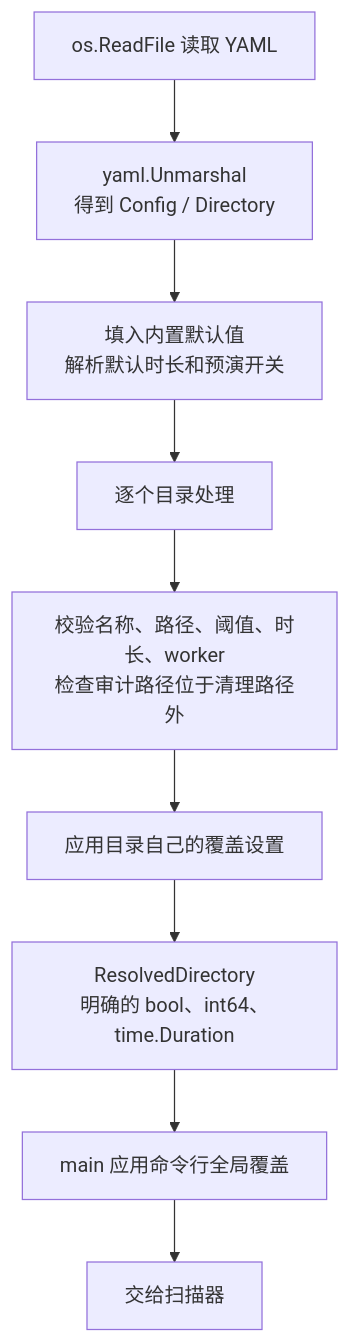
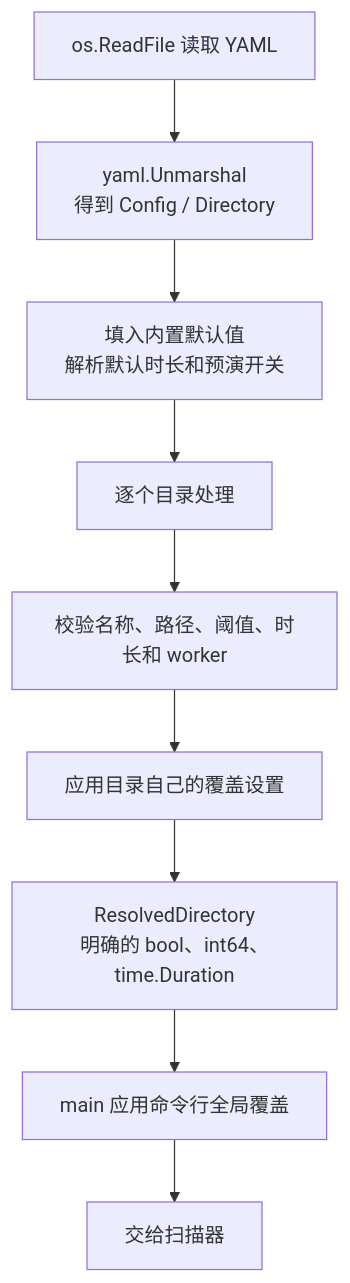
Before and after one commit to ISkywalkerI/directory-cleaner: the second of 8 diagrams in docs/program-explained.zh-CN.md, drawn with Mermaid. The commit also changed other lines of this file and 14 other files, not shown here.

````diff
--- a/docs/program-explained.zh-CN.md
+++ b/docs/program-explained.zh-CN.md
@@ -141,11 +142,11 @@
 ```mermaid
 flowchart TD
     Read["os.ReadFile 读取 YAML"] --> Parse["yaml.Unmarshal<br/>得到 Config / Directory"]
     Parse --> Defaults["填入内置默认值<br/>解析默认时长和预演开关"]
     Defaults --> Each["逐个目录处理"]
-    Each --> Validate["校验名称、路径、阈值、时长、worker<br/>检查审计路径位于清理路径外"]
+    Each --> Validate["校验名称、路径、阈值、时长和 worker"]
     Validate --> Override["应用目录自己的覆盖设置"]
     Override --> Resolved["ResolvedDirectory<br/>明确的 bool、int64、time.Duration"]
     Resolved --> Flags["main 应用命令行全局覆盖"]
     Flags --> Ready["交给扫描器"]
 ```
````
